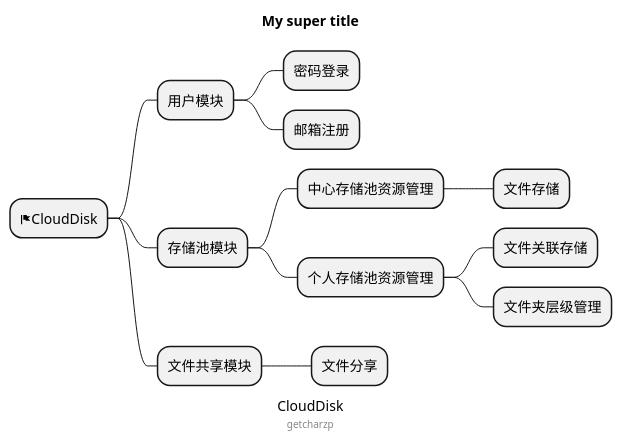
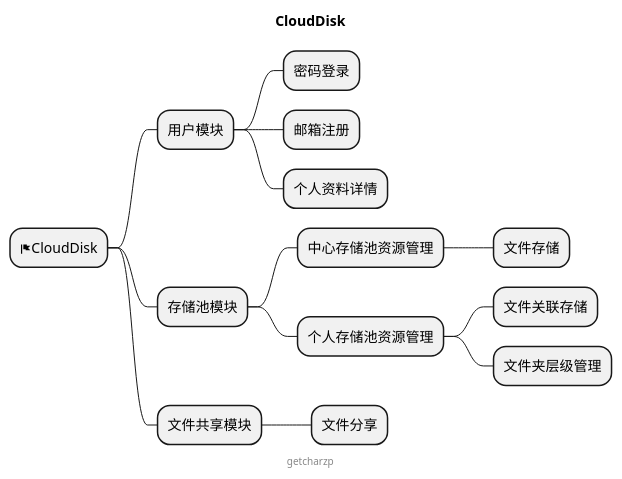
The diagram in MIND.puml (GetcharZp/cloud-disk), drawn with PlantUML before and after one commit. The commit also changed 5 other files, not shown here.

```diff
--- a/MIND.puml
+++ b/MIND.puml
@@ -1,21 +1,21 @@
 @startmindmap
 
-caption CloudDisk
-title My super title
+title CloudDisk
 
 * <&flag>CloudDisk
 ** 用户模块
 *** 密码登录
 *** 邮箱注册
+*** 个人资料详情
 ** 存储池模块
 *** 中心存储池资源管理
 **** 文件存储
 *** 个人存储池资源管理
 **** 文件关联存储
 **** 文件夹层级管理
 ** 文件共享模块
 *** 文件分享
 
 center footer getcharzp
 
 @endmindmap
```
